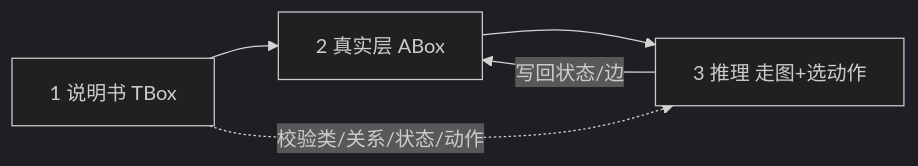
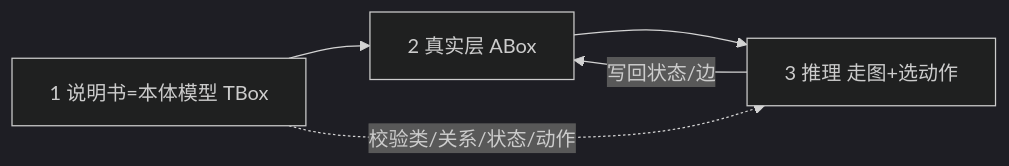
The second of 46 diagrams in docs/contracts/ONTOLOGY_PPT_SCENARIOS.md (zhuxiangqun/aiPlatform), drawn with Mermaid (dark theme) before and after one commit. The commit also changed other lines of this file, not shown here.

````diff
--- a/docs/contracts/ONTOLOGY_PPT_SCENARIOS.md
+++ b/docs/contracts/ONTOLOGY_PPT_SCENARIOS.md
@@ -38,7 +93,7 @@
 ```mermaid
 flowchart LR
-  tbox["1 说明书 TBox"] --> abox["2 真实层 ABox"]
+  tbox["1 说明书=本体模型 TBox"] --> abox["2 真实层 ABox"]
   abox --> reason["3 推理 走图+选动作"]
   reason -->|"写回状态/边"| abox
   tbox -.->|"校验类/关系/状态/动作"| reason
 ```
````
